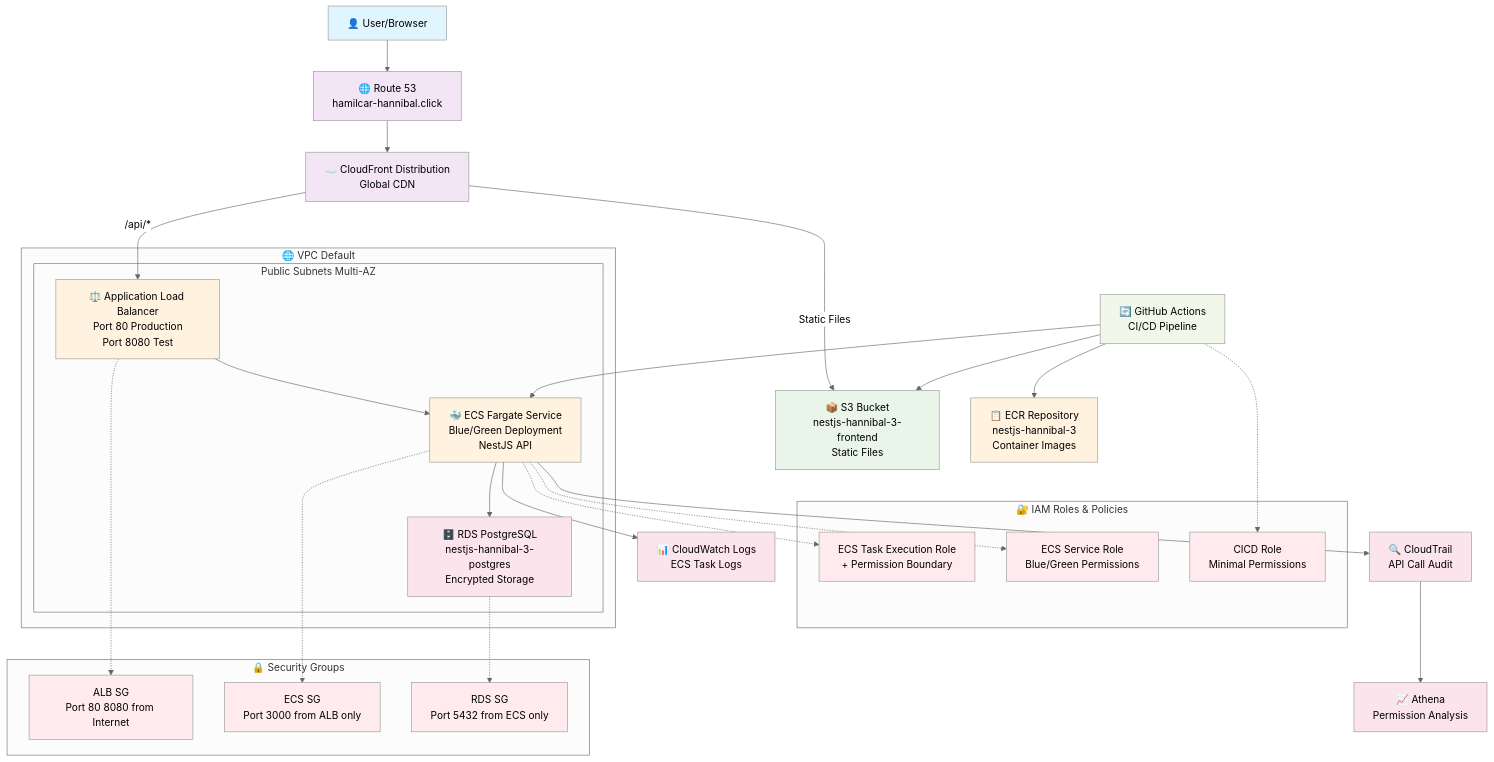
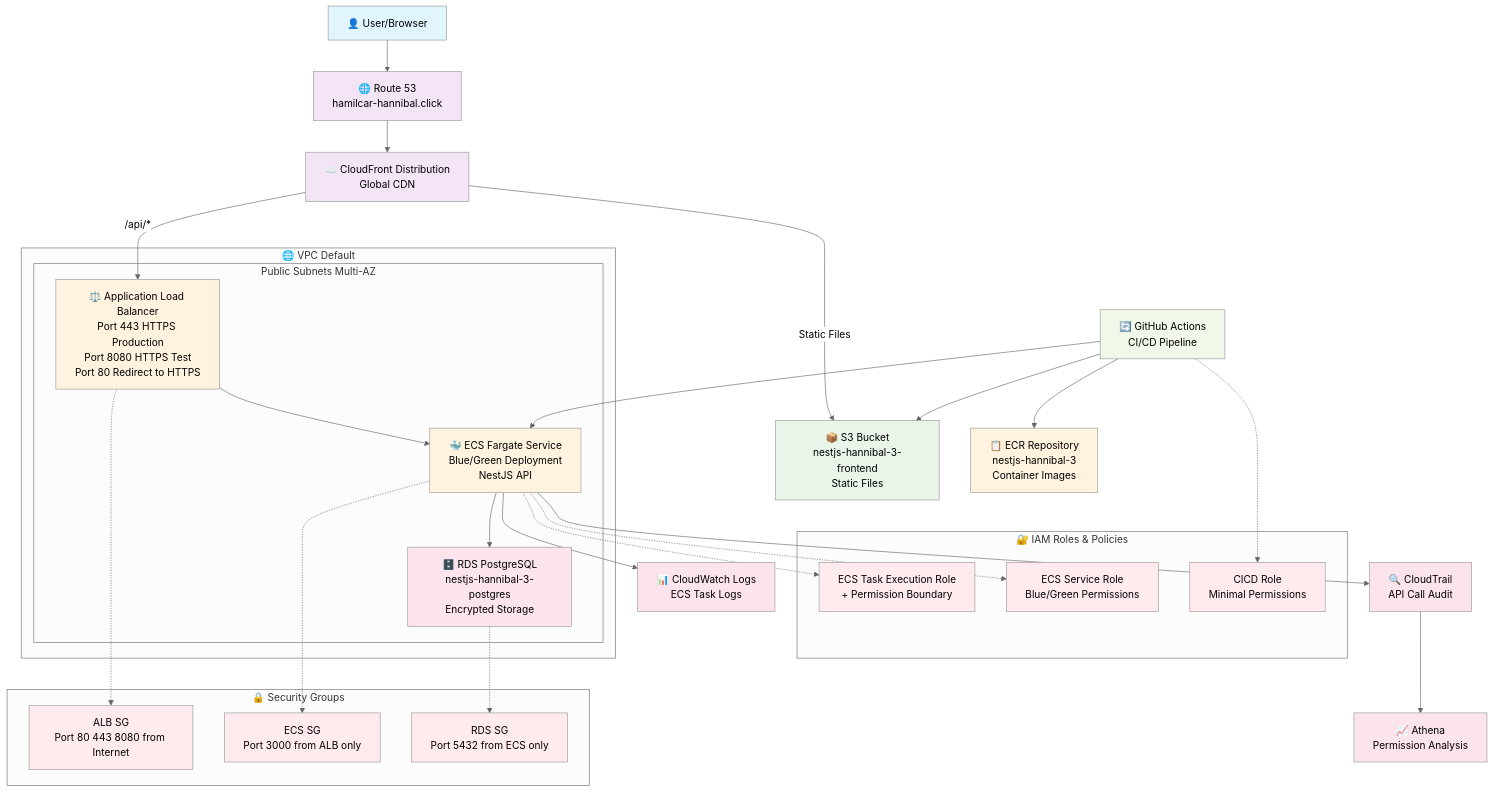
Before and after one commit to kmryst/terraform-hannibal: the diagram in docs/architecture/aws/mermaid/system-overview.md, drawn with Mermaid (neutral theme). The commit also changed 20 other files, not shown here.

```diff
--- a/docs/architecture/aws/mermaid/system-overview.md
+++ b/docs/architecture/aws/mermaid/system-overview.md
@@ -15,7 +15,7 @@
     S3[📦 S3 Bucket<br/>nestjs-hannibal-3-frontend<br/>Static Files]
     
     %% Load Balancer Layer
-    ALB[⚖️ Application Load Balancer<br/>Port 80 Production<br/>Port 8080 Test]
+    ALB[⚖️ Application Load Balancer<br/>Port 443 HTTPS Production<br/>Port 8080 HTTPS Test<br/>Port 80 Redirect to HTTPS]
     
     %% Container Layer
     ECS[🐳 ECS Fargate Service<br/>Blue/Green Deployment<br/>NestJS API]
@@ -31,7 +31,7 @@
     
     %% Security Layer
     subgraph "🔒 Security Groups"
-        ALB_SG[ALB SG<br/>Port 80 8080 from Internet]
+        ALB_SG[ALB SG<br/>Port 80 443 8080 from Internet]
         ECS_SG[ECS SG<br/>Port 3000 from ALB only]
         RDS_SG[RDS SG<br/>Port 5432 from ECS only]
     end
```
